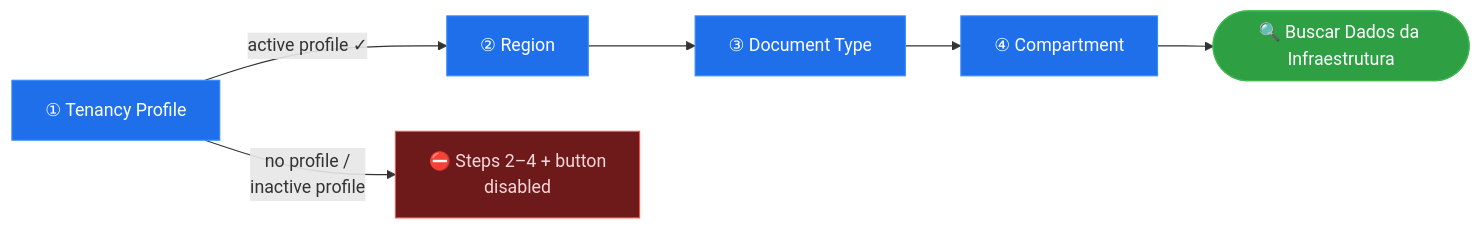
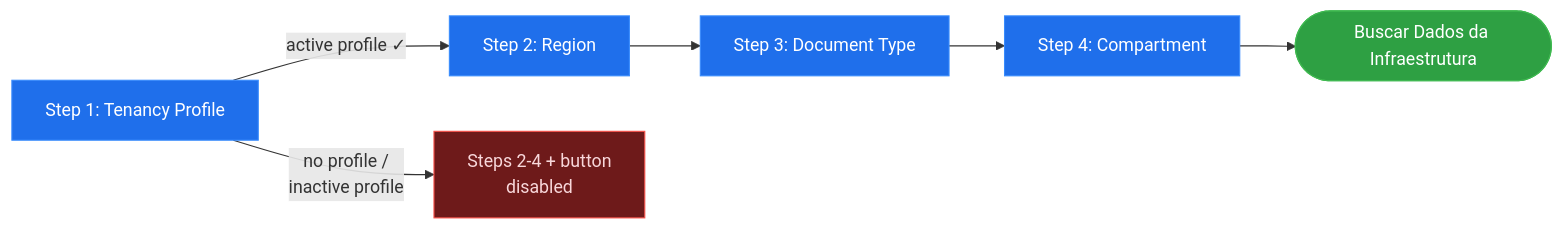
The fifth of 10 diagrams in README.md (Pedr0Teixeira/oci-docgen), drawn with Mermaid before and after one commit. The commit also changed other lines of this file, not shown here.

Commit message:
docs: remove emojis from Mermaid diagrams

````diff
--- a/README.md
+++ b/README.md
@@ -356,23 +356,23 @@
 ```mermaid
 flowchart LR
-  S1["① Tenancy Profile"]
-  S2["② Region"]
-  S3["③ Document Type"]
-  S4["④ Compartment"]
-  BTN(["🔍 Buscar Dados da Infraestrutura"])
-  LOCK["⛔ Steps 2–4 + button\ndisabled"]
+  S1["Step 1: Tenancy Profile"]
+  S2["Step 2: Region"]
+  S3["Step 3: Document Type"]
+  S4["Step 4: Compartment"]
+  BTN(["Buscar Dados da Infraestrutura"])
+  LOCK["Steps 2-4 + button\ndisabled"]
 
   S1 -->|"active profile ✓"| S2
   S2 --> S3
   S3 --> S4
   S4 --> BTN
   S1 -->|"no profile /\ninactive profile"| LOCK
 
   classDef step    fill:#1f6feb,stroke:#388bfd,color:#fff
   classDef btn     fill:#2ea043,stroke:#3fb950,color:#fff
   classDef locked  fill:#6e1a1a,stroke:#f85149,color:#f8d7da
 
   class S1,S2,S3,S4 step
   class BTN btn
   class LOCK locked
 ```
````
